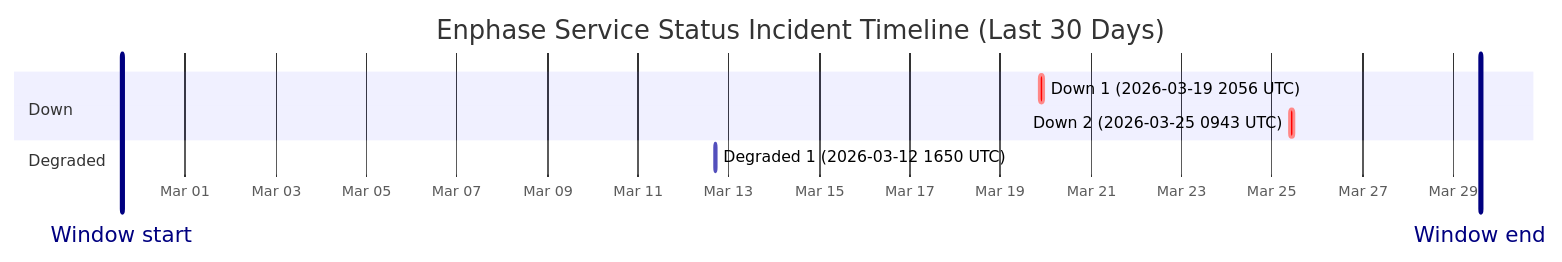
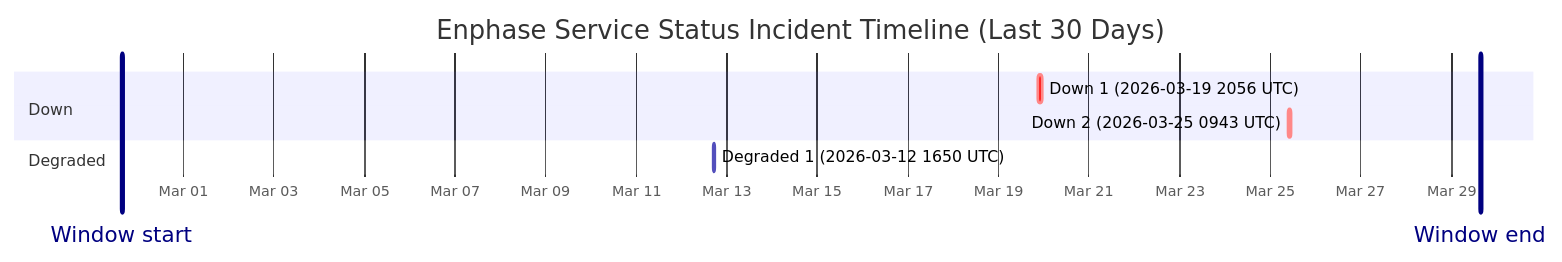
One commit to barneyonline/ha-enphase-ev-charger changed the diagram in wiki/Service-Status-History.md. Above: the diagram before and after it, drawn with Mermaid. The commit also changed other lines of this file and 3 other files, not shown here.

````diff
--- a/wiki/Service-Status-History.md
+++ b/wiki/Service-Status-History.md
@@ -14,13 +14,13 @@
 ```mermaid
 gantt
     title Enphase Service Status Incident Timeline (Last 30 Days)
     dateFormat  YYYY-MM-DDTHH:mm:ss
     axisFormat  %b %d
-    Window start :vert, window-start, 2026-02-27T14:25:54, 0ms
-    Window end :vert, window-end, 2026-03-29T14:25:54, 0ms
+    Window start :vert, window-start, 2026-02-27T15:22:22, 0ms
+    Window end :vert, window-end, 2026-03-29T15:22:22, 0ms
     section Down
     Down 1 (2026-03-19 2056 UTC) :crit, down-1, 2026-03-19T20:56:20, 145m
     Down 2 (2026-03-25 0943 UTC) :crit, down-2, 2026-03-25T09:43:28, 111m
     section Degraded
     Degraded 1 (2026-03-12 1650 UTC) :active, degraded-1, 2026-03-12T16:50:43, 60m
 ```
````
